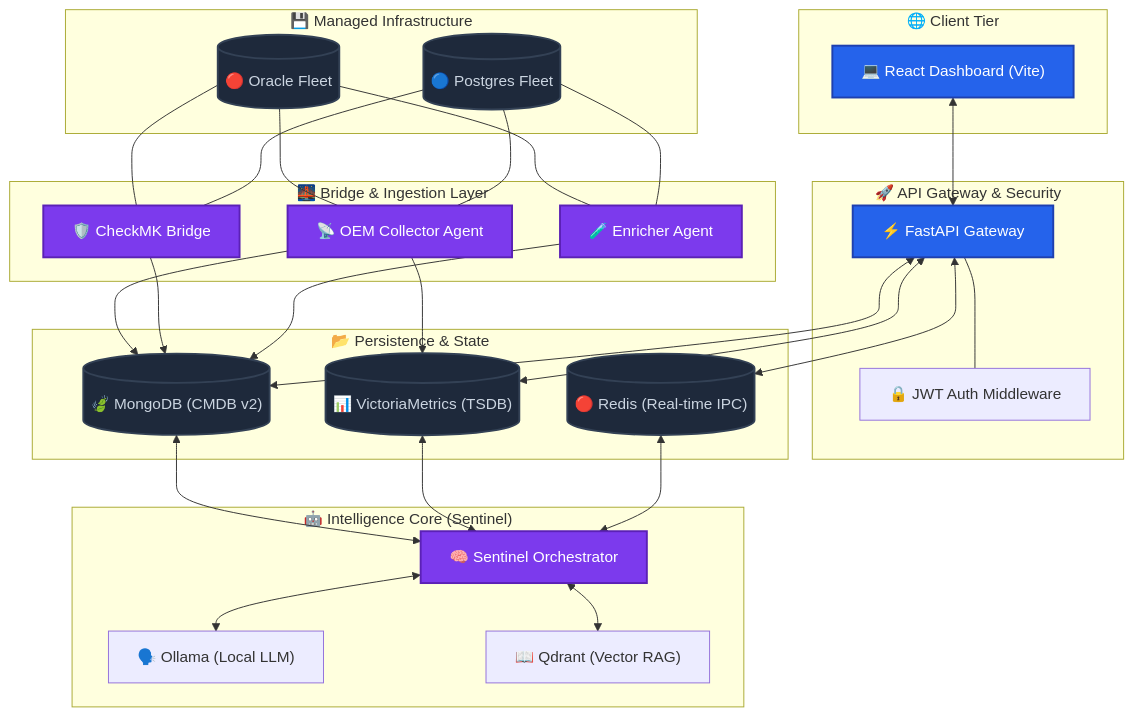
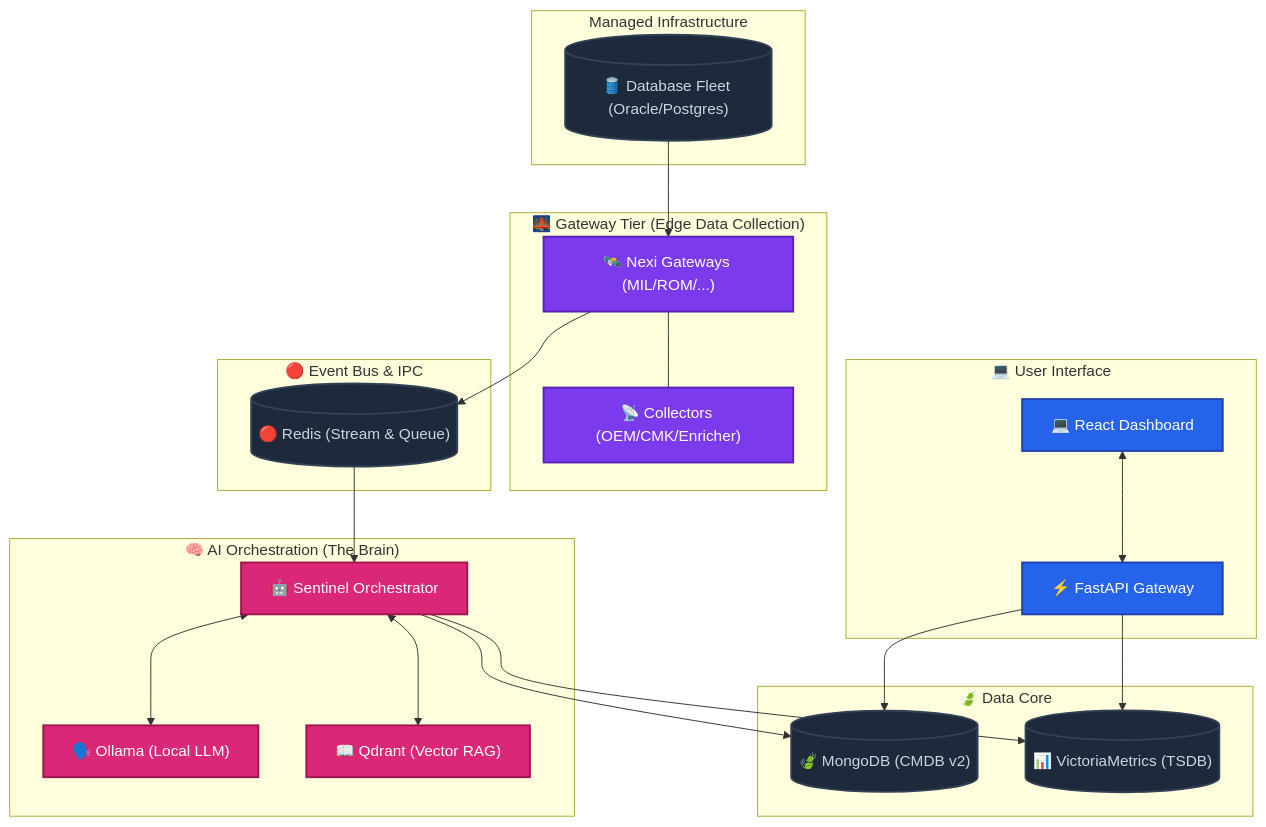
The diagram in README.md (Mohamed-DN/DB-AI), drawn with Mermaid before and after one commit.

Commit message:
Corrected Architecture Diagram: DBs -> Gateways -> Redis -> Orchestrator (Mongo)

````diff
--- a/README.md
+++ b/README.md
@@ -56,60 +56,52 @@
 ```mermaid
 graph TB
-    subgraph "🌐 Client Tier"
-        UI["💻 React Dashboard (Vite)"]
+    subgraph "Managed Infrastructure"
+        DBs[("🛢️ Database Fleet (Oracle/Postgres)")]
     end
 
-    subgraph "🚀 API Gateway & Security"
-        API["⚡ FastAPI Gateway"]
-        AUTH["🔒 JWT Auth Middleware"]
-        API --- AUTH
+    subgraph "🌉 Gateway Tier (Edge Data Collection)"
+        GW["🛰️ Nexi Gateways (MIL/ROM/...)"]
+        AGENTS["📡 Collectors (OEM/CMK/Enricher)"]
+        GW --- AGENTS
     end
 
-    subgraph "🤖 Intelligence Core (Sentinel)"
-        SENTINEL["🧠 Sentinel Orchestrator"]
+    subgraph "🔴 Event Bus & IPC"
+        REDIS[("🔴 Redis (Stream & Queue)")]
+    end
+
+    subgraph "🧠 AI Orchestration (The Brain)"
+        SENTINEL["🤖 Sentinel Orchestrator"]
         LLM["🗣️ Ollama (Local LLM)"]
         RAG["📖 Qdrant (Vector RAG)"]
-        SENTINEL <--> LLM
-        SENTINEL <--> RAG
+        SENTINEL <--> LLM & RAG
     end
 
-    subgraph "📂 Persistence & State"
+    subgraph "🍃 Data Core"
         MONGO[("🍃 MongoDB (CMDB v2)")]
         VM[("📊 VictoriaMetrics (TSDB)")]
-        REDIS[("🔴 Redis (Real-time IPC)")]
     end
 
-    subgraph "🌉 Bridge & Ingestion Layer"
-        OEM["📡 OEM Collector Agent"]
-        CMK["🛡️ CheckMK Bridge"]
-        ENR["🧪 Enricher Agent"]
+    subgraph "💻 User Interface"
+        UI["💻 React Dashboard"]
+        API["⚡ FastAPI Gateway"]
+        UI <--> API
     end
 
-    subgraph "💾 Managed Infrastructure"
-        ORA[("🔴 Oracle Fleet")]
-        PG[("🔵 Postgres Fleet")]
-    end
-
-    %% Flow: Human -> System
-    UI <--> API
-    API <--> MONGO & VM & REDIS
-
-    %% Flow: System -> Intelligence
-    MONGO & VM & REDIS <--> SENTINEL
-
-    %% Flow: Ingestion -> Persistence
-    OEM & CMK & ENR --> MONGO
-    OEM --> VM
-
-    %% Flow: Managed -> Ingestion
-    ORA & PG --- OEM & CMK & ENR
+    %% Data Flow Logic (User Defined)
+    DBs --> GW
+    GW --> REDIS
+    REDIS --> SENTINEL
+    SENTINEL --> MONGO & VM
+    API --> MONGO & VM
 
     %% Styling
     classDef primary fill:#2563eb,stroke:#1e40af,color:#fff,stroke-width:2px;
     classDef storage fill:#1e293b,stroke:#334155,color:#cbd5e1,stroke-width:2px;
     classDef agent fill:#7c3aed,stroke:#5b21b6,color:#fff,stroke-width:2px;
+    classDef brain fill:#db2777,stroke:#9d174d,color:#fff,stroke-width:2px;
     
     class UI,API primary;
-    class MONGO,VM,REDIS,ORA,PG storage;
-    class SENTINEL,OEM,CMK,ENR agent;
+    class MONGO,VM,REDIS,DBs storage;
+    class GW,AGENTS agent;
+    class SENTINEL,LLM,RAG brain;
 ```
````
